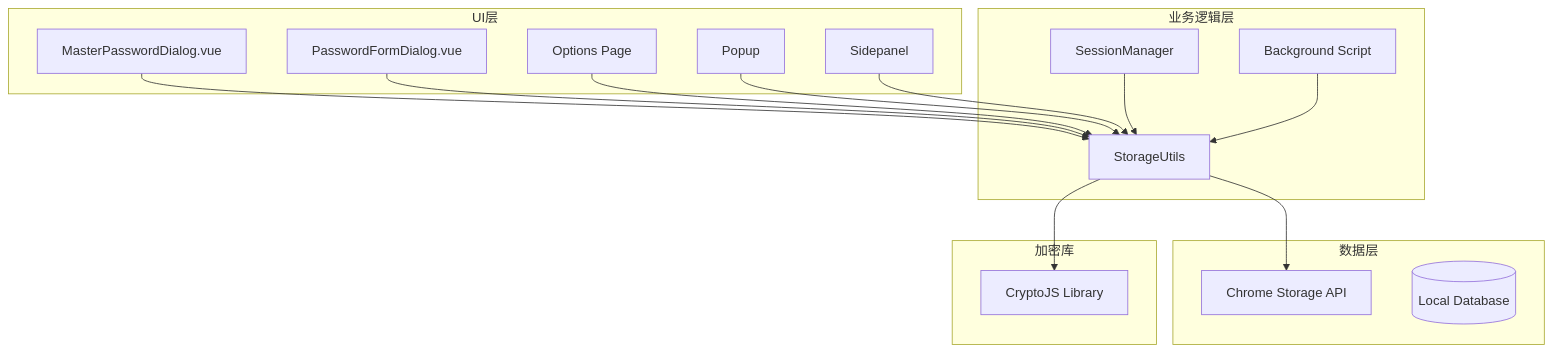
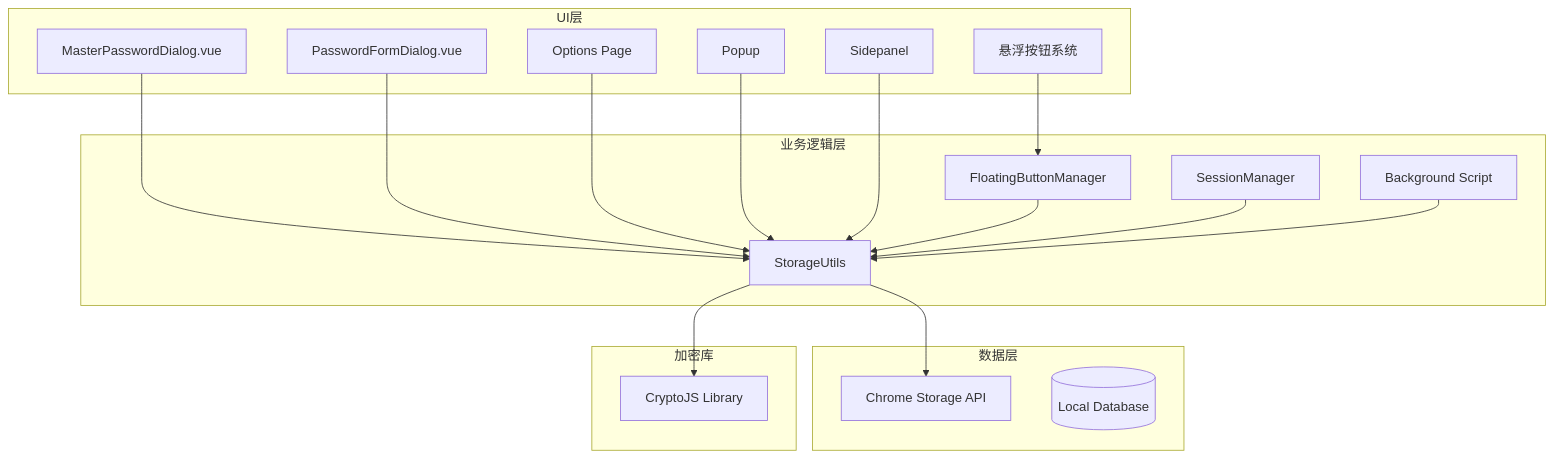
Before and after one commit to liaolongdong/account-password-helper: the first of 13 diagrams in .qoder/repowiki/zh/content/核心模块/存储管理系统.md, drawn with Mermaid. The commit also changed other lines of this file and 23 other files, not shown here.

````diff
--- a/.qoder/repowiki/zh/content/核心模块/存储管理系统.md
+++ b/.qoder/repowiki/zh/content/核心模块/存储管理系统.md
@@ -37,31 +58,35 @@
 ```mermaid
 graph TB
 subgraph "UI层"
 MPD[MasterPasswordDialog.vue]
 PFD[PasswordFormDialog.vue]
 Options[Options Page]
 Popup[Popup]
 Sidepanel[Sidepanel]
+FloatingButtons[悬浮按钮系统]
 end
 subgraph "业务逻辑层"
 Storage[StorageUtils]
 SessionMgr[SessionManager]
 Background[Background Script]
+FloatingMgr[FloatingButtonManager]
 end
 subgraph "数据层"
 ChromeStorage[Chrome Storage API]
 LocalDB[(Local Database)]
 end
 subgraph "加密库"
 CryptoJS[CryptoJS Library]
 end
 MPD --> Storage
 PFD --> Storage
 Options --> Storage
 Popup --> Storage
 Sidepanel --> Storage
+FloatingButtons --> FloatingMgr
+FloatingMgr --> Storage
 Storage --> ChromeStorage
 Storage --> CryptoJS
 SessionMgr --> Storage
 Background --> Storage
 ```
````
